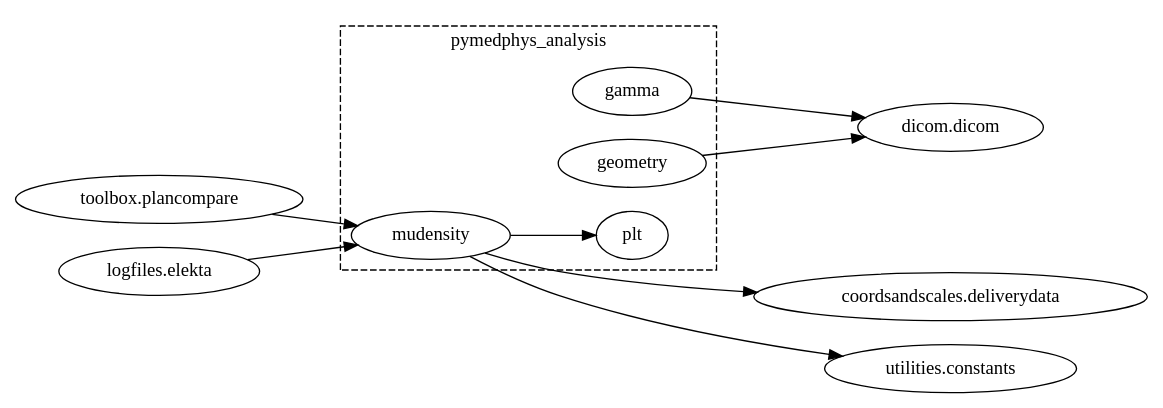
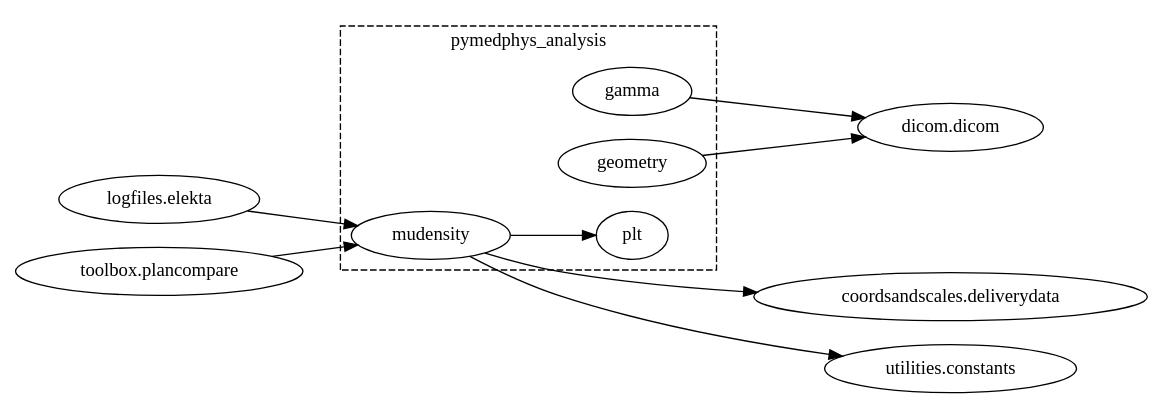
One commit to pymedphys/pymedphys changed the diagram in docs/graphs/pymedphys_analysis.svg.dot. Above: the diagram before and after it, drawn with Graphviz. The commit also changed 17 other files, not shown here.

```diff
--- a/docs/graphs/pymedphys_analysis.svg.dot
+++ b/docs/graphs/pymedphys_analysis.svg.dot
@@ -1,41 +1,41 @@
 
         strict digraph  {
             graph [ordering="out"];
             rankdir = LR;
             subgraph cluster_0 {
                 "pymedphys_analysis.gamma";
 "pymedphys_analysis.geometry";
 "pymedphys_analysis.mudensity";
 "pymedphys_analysis.plt";
 
                 label = "pymedphys_analysis";
                 style = dashed;
                 
             { rank = same; "pymedphys_analysis.gamma"; "pymedphys_analysis.geometry"; "pymedphys_analysis.plt"; }
             
             { rank = same; "pymedphys_analysis.mudensity"; }
             
             }
-            "pymedphys_toolbox.plancompare" [label="toolbox.plancompare"];
+            "pymedphys_analysis.gamma" [label="gamma"];
+"pymedphys_analysis.geometry" [label="geometry"];
+"pymedphys_analysis.mudensity" [label="mudensity"];
+"pymedphys_analysis.plt" [label="plt"];
+"pymedphys_coordsandscales.deliverydata" [label="coordsandscales.deliverydata"];
 "pymedphys_dicom.dicom" [label="dicom.dicom"];
-"pymedphys_analysis.mudensity" [label="mudensity"];
-"pymedphys_analysis.geometry" [label="geometry"];
 "pymedphys_logfiles.elekta" [label="logfiles.elekta"];
-"pymedphys_coordsandscales.deliverydata" [label="coordsandscales.deliverydata"];
-"pymedphys_analysis.plt" [label="plt"];
-"pymedphys_analysis.gamma" [label="gamma"];
+"pymedphys_toolbox.plancompare" [label="toolbox.plancompare"];
 "pymedphys_utilities.constants" [label="utilities.constants"];
 
             { rank = same; "pymedphys_logfiles.elekta"; "pymedphys_toolbox.plancompare"; }
 { rank = same; "pymedphys_coordsandscales.deliverydata"; "pymedphys_dicom.dicom"; "pymedphys_utilities.constants"; }
 
             "pymedphys_analysis.gamma" -> "pymedphys_dicom.dicom";
 "pymedphys_analysis.geometry" -> "pymedphys_dicom.dicom";
 "pymedphys_analysis.mudensity" -> "pymedphys_analysis.plt";
 "pymedphys_analysis.mudensity" -> "pymedphys_coordsandscales.deliverydata";
 "pymedphys_analysis.mudensity" -> "pymedphys_utilities.constants";
 "pymedphys_logfiles.elekta" -> "pymedphys_analysis.mudensity";
 "pymedphys_toolbox.plancompare" -> "pymedphys_analysis.mudensity";
 "pymedphys_analysis.mudensity" -> "pymedphys_analysis.plt";
 
         }
```
